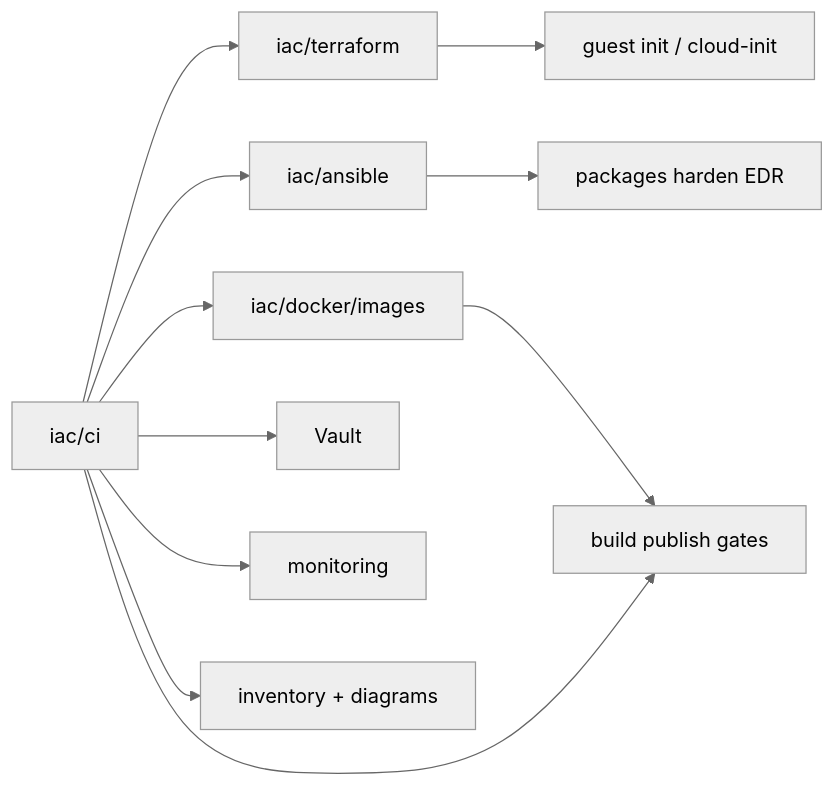
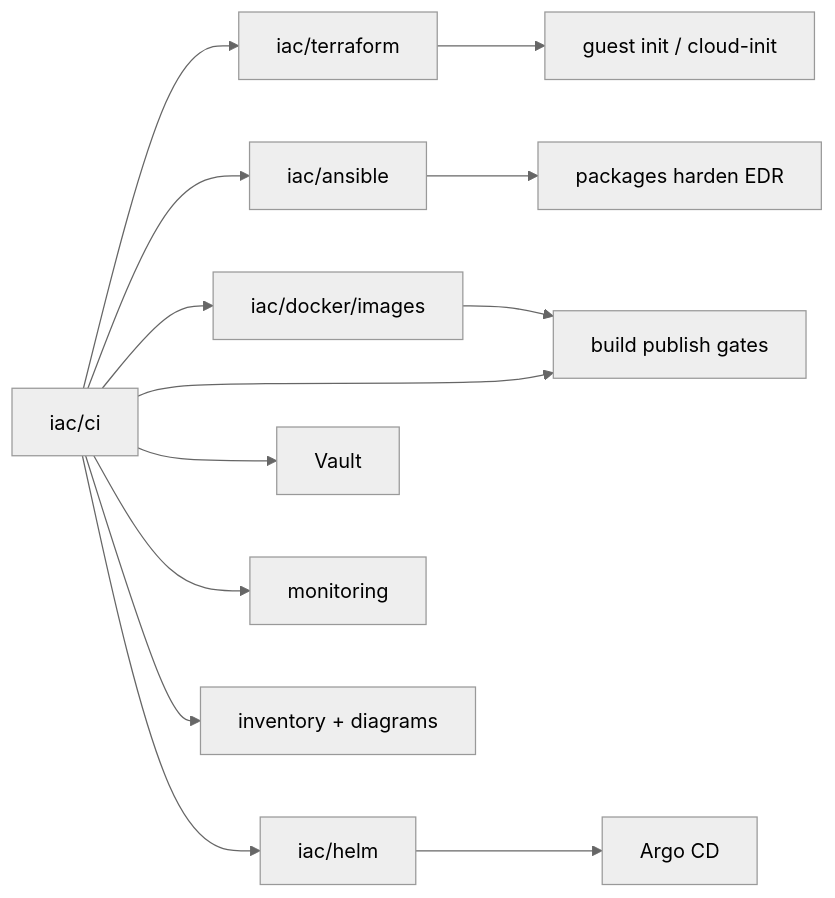
Before and after one commit to NarberallGamma/narberall-platform-engineer-lab: the diagram in iac/ci/README.md, drawn with Mermaid (neutral theme). The commit also changed other lines of this file and 226 other files, not shown here.

````diff
--- a/iac/ci/README.md
+++ b/iac/ci/README.md
@@ -35,13 +56,15 @@
 ```mermaid
 flowchart LR
   CI[iac/ci] --> TF[iac/terraform]
   CI --> ANS[iac/ansible]
   CI --> Dock[iac/docker/images]
+  CI --> Helm[iac/helm]
   TF --> Guest[guest init / cloud-init]
   ANS --> Day2[packages harden EDR]
   Dock --> Build[build publish gates]
   CI --> Build
   CI --> Vault[Vault]
   CI --> Mon[monitoring]
   CI --> Docs[inventory + diagrams]
+  Helm --> Argo[Argo CD]
 ```
````
